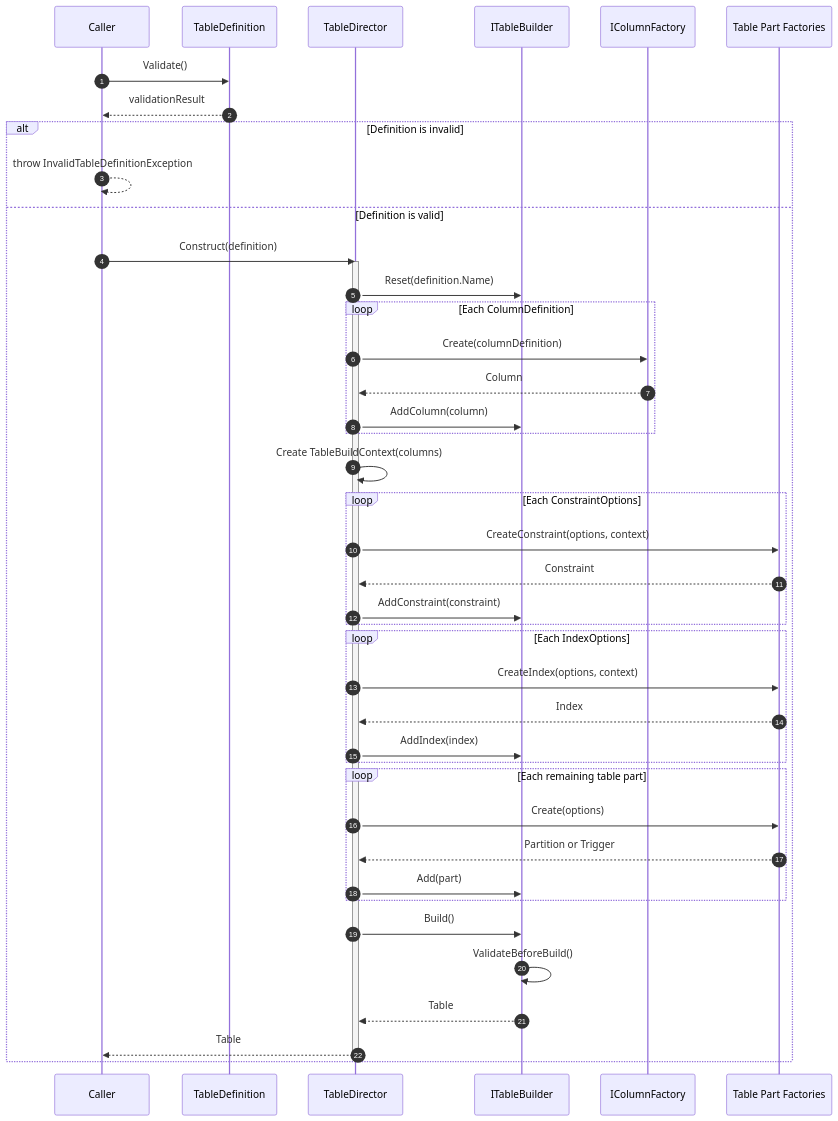
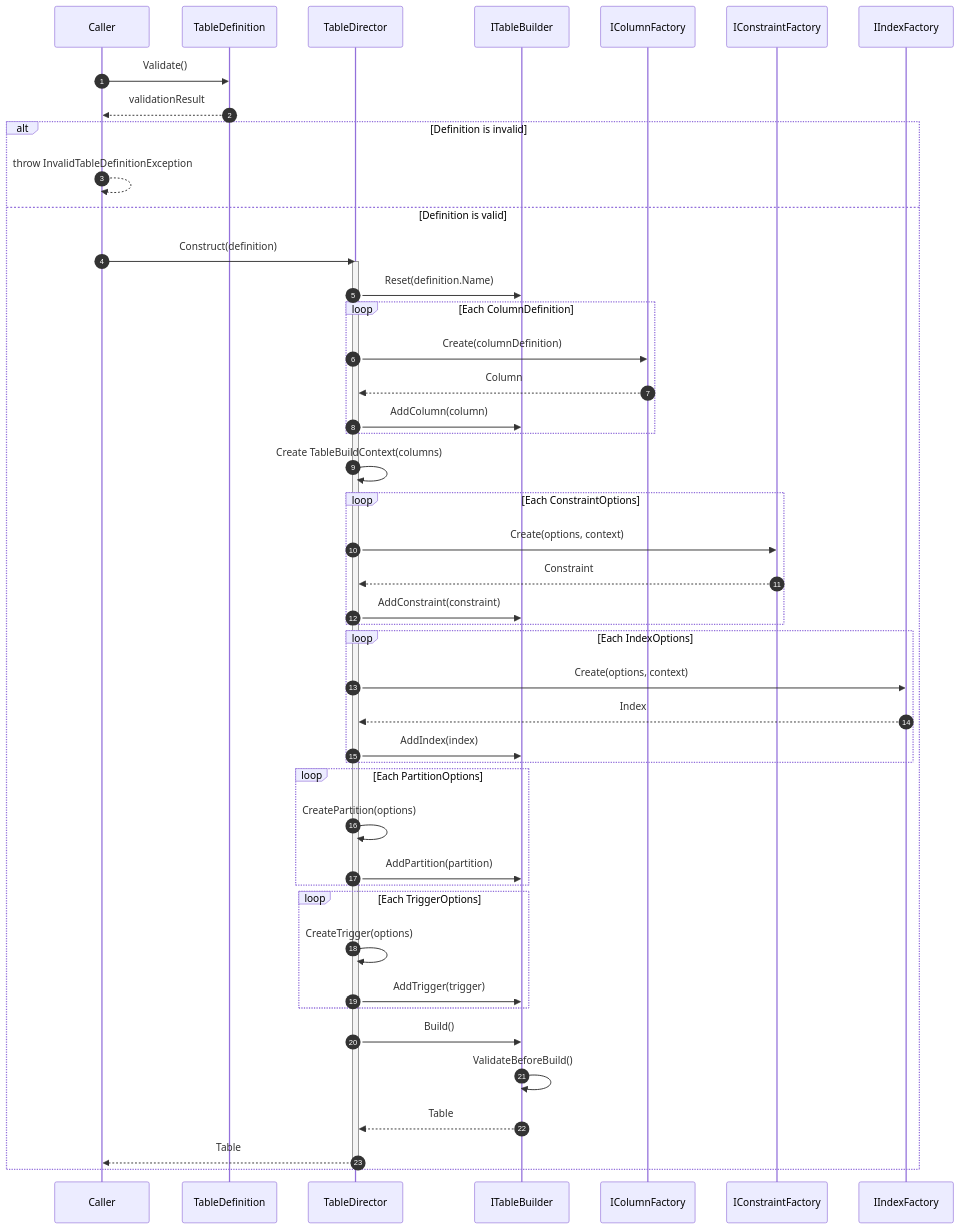
One commit to Hagiakhanh/bbv-dbms changed the ninth of 45 diagrams in docs/design-patterns/README.md. Above: the diagram before and after it, drawn with Mermaid. The commit also changed other lines of this file and 30 other files, not shown here.

````diff
--- a/docs/design-patterns/README.md
+++ b/docs/design-patterns/README.md
@@ -1829,56 +1816,61 @@
 ```mermaid
 sequenceDiagram
     autonumber
 
     participant Caller
     participant Definition as TableDefinition
     participant Director as TableDirector
     participant Builder as ITableBuilder
     participant ColFactory as IColumnFactory
-    participant Factory as Table Part Factories
+    participant CFactory as IConstraintFactory
+    participant IFactory as IIndexFactory
 
     Caller->>Definition: Validate()
     Definition-->>Caller: validationResult
 
     alt Definition is invalid
         Caller-->>Caller: throw InvalidTableDefinitionException
     else Definition is valid
         Caller->>Director: Construct(definition)
         activate Director
 
         Director->>Builder: Reset(definition.Name)
 
         loop Each ColumnDefinition
             Director->>ColFactory: Create(columnDefinition)
             ColFactory-->>Director: Column
             Director->>Builder: AddColumn(column)
         end
 
         Director->>Director: Create TableBuildContext(columns)
 
         loop Each ConstraintOptions
-            Director->>Factory: CreateConstraint(options, context)
-            Factory-->>Director: Constraint
+            Director->>CFactory: Create(options, context)
+            CFactory-->>Director: Constraint
             Director->>Builder: AddConstraint(constraint)
         end
 
         loop Each IndexOptions
-            Director->>Factory: CreateIndex(options, context)
-            Factory-->>Director: Index
+            Director->>IFactory: Create(options, context)
+            IFactory-->>Director: Index
             Director->>Builder: AddIndex(index)
         end
 
-        loop Each remaining table part
-            Director->>Factory: Create(options)
-            Factory-->>Director: Partition or Trigger
-            Director->>Builder: Add(part)
+        loop Each PartitionOptions
+            Director->>Director: CreatePartition(options)
+            Director->>Builder: AddPartition(partition)
+        end
+
+        loop Each TriggerOptions
+            Director->>Director: CreateTrigger(options)
+            Director->>Builder: AddTrigger(trigger)
         end
 
         Director->>Builder: Build()
         Builder->>Builder: ValidateBeforeBuild()
         Builder-->>Director: Table
 
         Director-->>Caller: Table
         deactivate Director
     end
 ```
````
